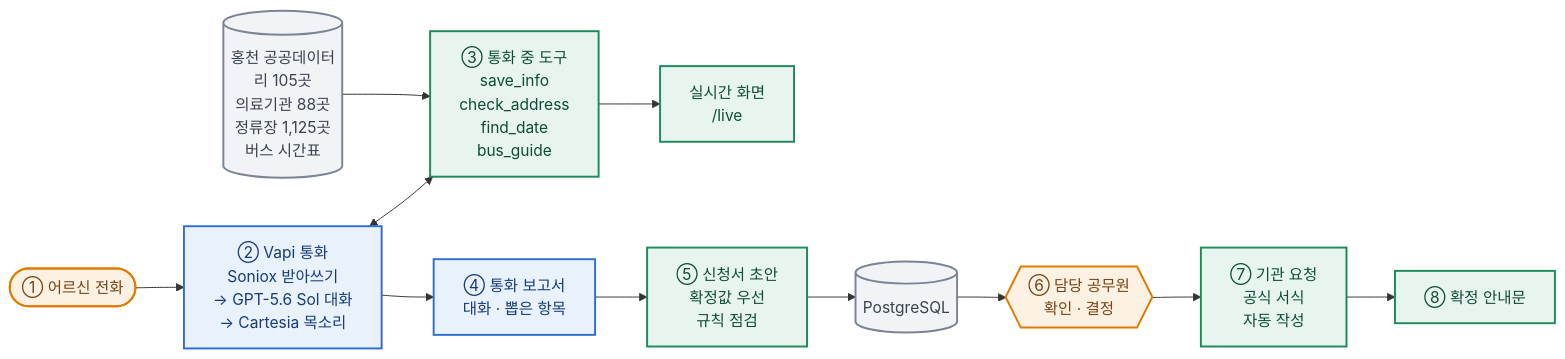
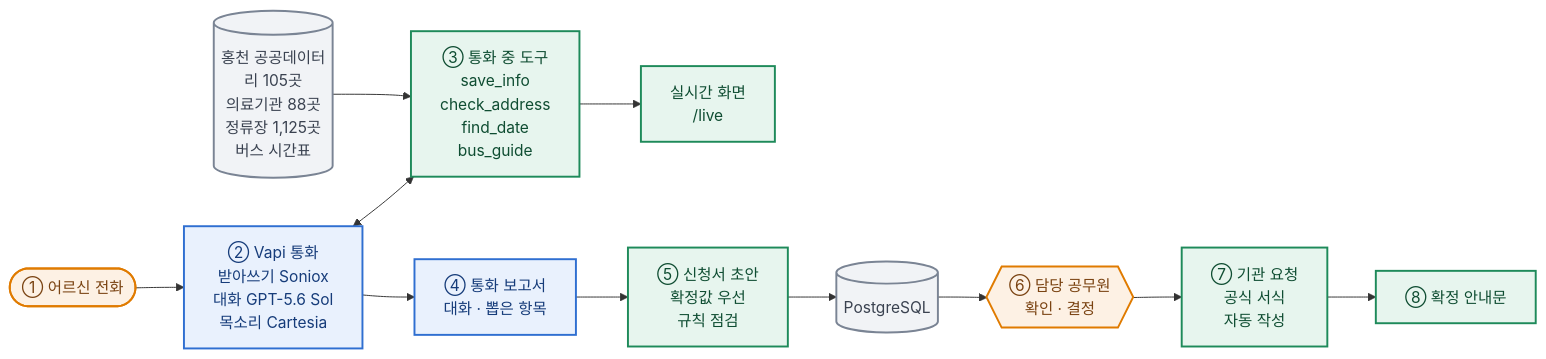
The diagram in README.md (mself8/hantong), drawn with Mermaid before and after one commit.

Commit message:
README 구조도: Vapi 상자 줄 줄이기

````diff
--- a/README.md
+++ b/README.md
@@ -64,17 +64,17 @@
 ```mermaid
 flowchart LR
-  elder(["① 어르신 전화"]):::human --> vapi["② Vapi 통화<br/>Soniox 받아쓰기<br/>→ GPT-5.6 Sol 대화<br/>→ Cartesia 목소리"]:::ai
+  elder(["① 어르신 전화"]):::human --> vapi["② Vapi 통화<br/>받아쓰기 Soniox<br/>대화 GPT-5.6 Sol<br/>목소리 Cartesia"]:::ai
   vapi <--> tools["③ 통화 중 도구<br/>save_info<br/>check_address<br/>find_date<br/>bus_guide"]:::rule
   pub[("홍천 공공데이터<br/>리 105곳<br/>의료기관 88곳<br/>정류장 1,125곳<br/>버스 시간표")]:::data --> tools
   tools --> live["실시간 화면<br/>/live"]:::rule
   vapi --> report["④ 통화 보고서<br/>대화 · 뽑은 항목"]:::ai
   report --> draft["⑤ 신청서 초안<br/>확정값 우선<br/>규칙 점검"]:::rule
   draft --> db[("PostgreSQL")]:::data
   db --> officer{{"⑥ 담당 공무원<br/>확인 · 결정"}}:::human
   officer --> forms["⑦ 기관 요청<br/>공식 서식<br/>자동 작성"]:::rule
   forms --> notice["⑧ 확정 안내문"]:::rule
   classDef human fill:#FDF1E4,stroke:#E07B00,color:#7A4312,stroke-width:2px
   classDef ai fill:#E9F1FD,stroke:#2F6FD1,color:#163C7A,stroke-width:2px
   classDef rule fill:#E7F5EE,stroke:#1E8A5A,color:#0F4D32,stroke-width:2px
   classDef data fill:#F1F3F6,stroke:#7A8494,color:#3A4250,stroke-width:2px
 ```
````
